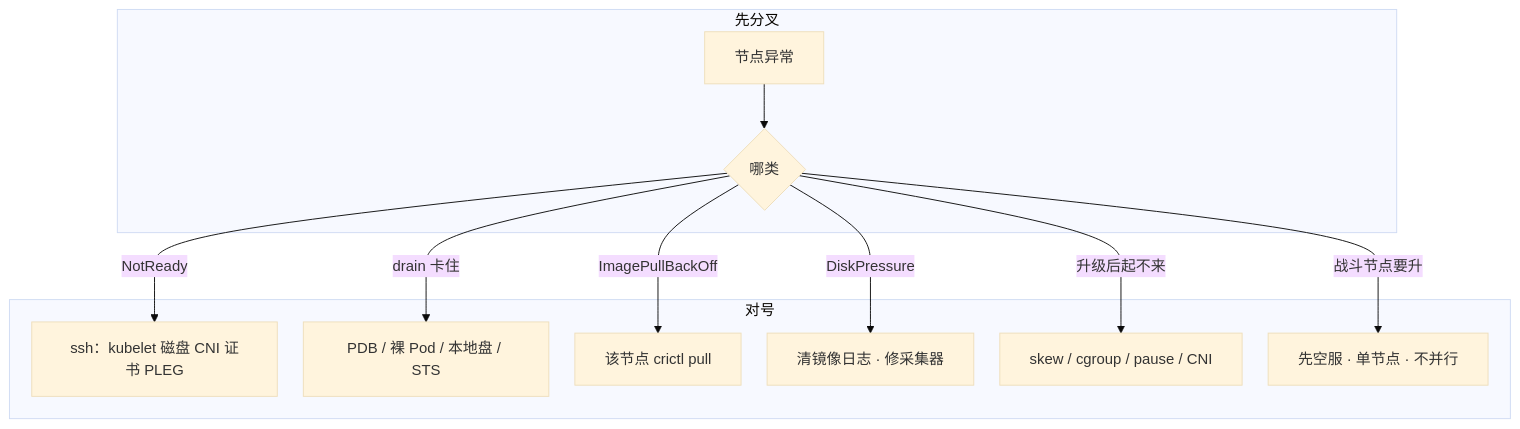
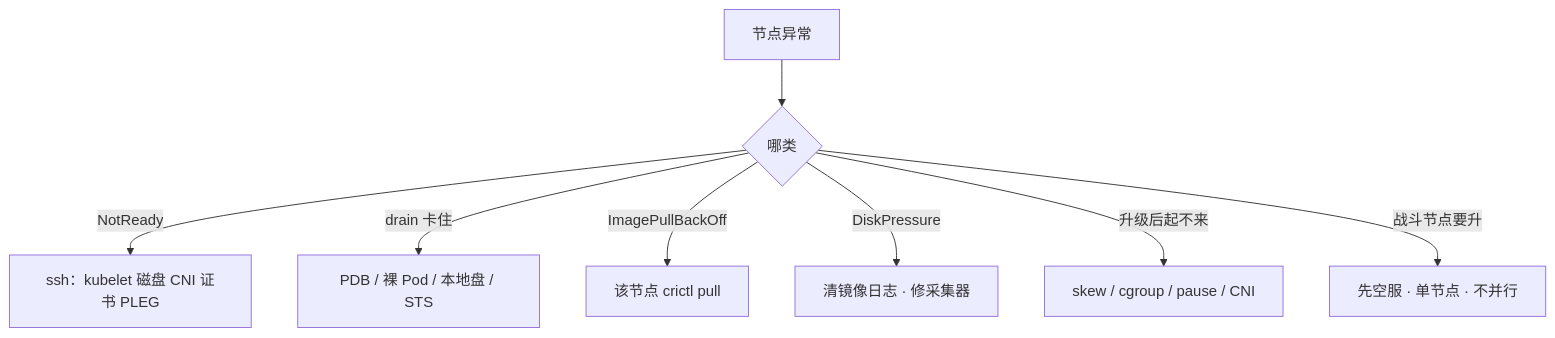
One commit to ml-cuizijun/LearnToLilith changed the fifth of 5 diagrams in 03-Kubernetes/17-节点运行时与升级/知识点.md. Above: the diagram before and after it, drawn with Mermaid. The commit also changed other lines of this file and 178 other files, not shown here.

````diff
--- a/03-Kubernetes/17-节点运行时与升级/知识点.md
+++ b/03-Kubernetes/17-节点运行时与升级/知识点.md
@@ -531,20 +409,10 @@
 ```mermaid
-%%{init: {"flowchart": {"padding": 16, "nodeSpacing": 28, "rankSpacing": 48}, "theme": "base"}}%%
 flowchart TB
-    subgraph gate ["先分叉"]
-        A[节点异常] --> B{哪类}
-    end
-
-    subgraph t ["对号"]
-        B -->|NotReady| C[ssh：kubelet 磁盘 CNI 证书 PLEG]
-        B -->|drain 卡住| D[PDB / 裸 Pod / 本地盘 / STS]
-        B -->|ImagePullBackOff| E[该节点 crictl pull]
-        B -->|DiskPressure| F[清镜像日志 · 修采集器]
-        B -->|升级后起不来| G[skew / cgroup / pause / CNI]
-        B -->|战斗节点要升| H[先空服 · 单节点 · 不并行]
-    end
-
-    class C,H bad
-    class D,E ok
-
+    A[节点异常] --> B{哪类}
+    B -->|NotReady| C[ssh：kubelet 磁盘 CNI 证书 PLEG]
+    B -->|drain 卡住| D[PDB / 裸 Pod / 本地盘 / STS]
+    B -->|ImagePullBackOff| E[该节点 crictl pull]
+    B -->|DiskPressure| F[清镜像日志 · 修采集器]
+    B -->|升级后起不来| G[skew / cgroup / pause / CNI]
+    B -->|战斗节点要升| H[先空服 · 单节点 · 不并行]
 ```
````
